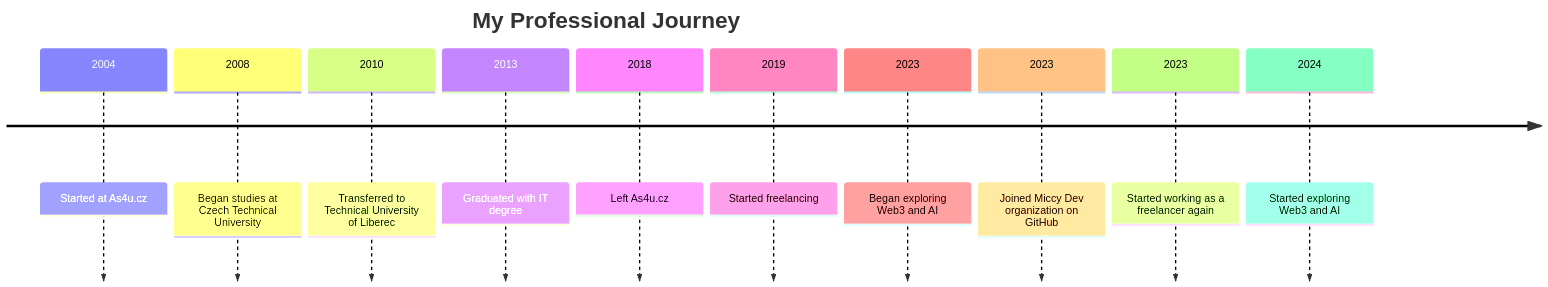
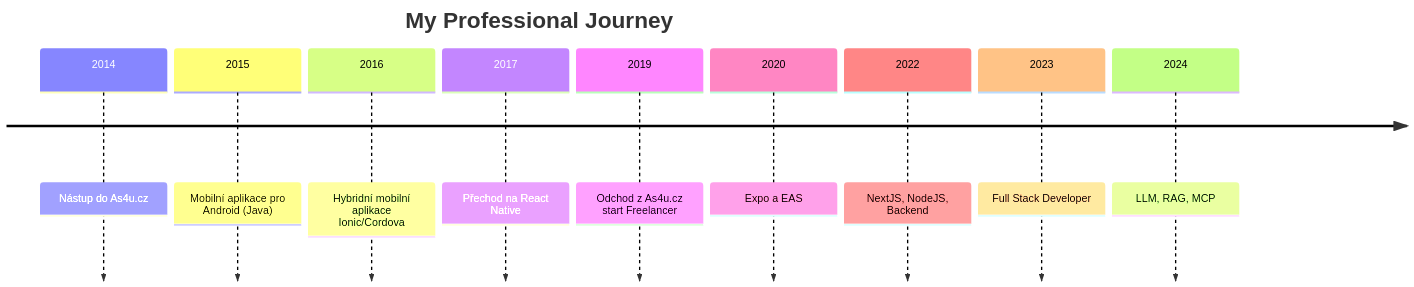
The diagram in docs/cs/README.md (miccy/miccy), drawn with Mermaid before and after one commit. The commit also changed other lines of this file and 1 other file, not shown here.

Commit message:
docs: Revise README to enhance clarity, update Tech Stack, and reorganize project details

````diff
--- a/docs/cs/README.md
+++ b/docs/cs/README.md
@@ -184,14 +122,13 @@
 ```mermaid
 timeline
     title My Professional Journey
-    2004 : Started at As4u.cz
-    2008 : Began studies at Czech Technical University
-    2010 : Transferred to Technical University of Liberec
-    2013 : Graduated with IT degree
-    2018 : Left As4u.cz
-    2019 : Started freelancing
-    2023 : Began exploring Web3 and AI
-    2023 : Joined Miccy Dev organization on GitHub
-    2023 : Started working as a freelancer again
-    2024 : Started exploring Web3 and AI
+    2014 : Nástup do As4u.cz
+    2015 : Mobilní aplikace pro Android (Java)
+    2016 : Hybridní mobilní aplikace Ionic/Cordova
+    2017 : Přechod na React Native
+    2019 : Odchod z As4u.cz start Freelancer
+    2020 : Expo a EAS
+    2022 : NextJS, NodeJS, Backend
+    2023 : Full Stack Developer
+    2024 : LLM, RAG, MCP
 ```
````
